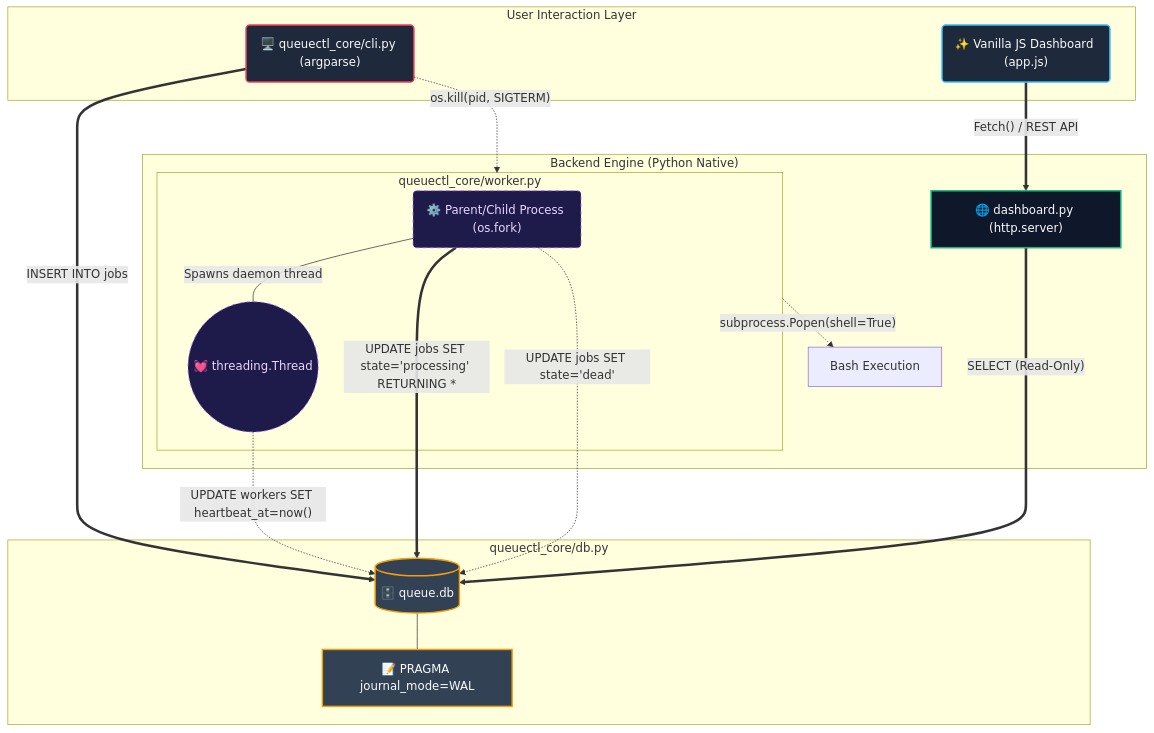
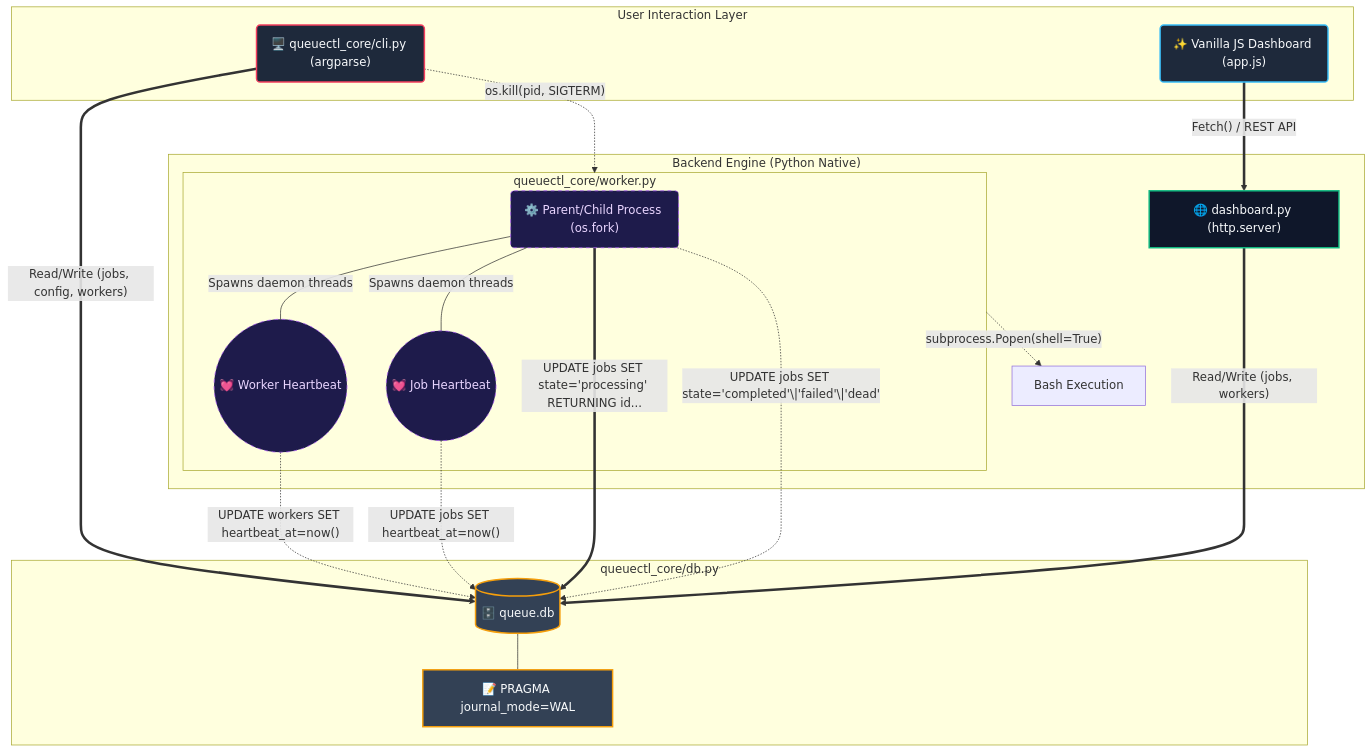
Before and after one commit to Harshkumar2306/QueueCTL: the diagram in README.md, drawn with Mermaid.

Commit message:
docs: update mermaid diagram to 100% reflect codebase implementation

````diff
--- a/README.md
+++ b/README.md
@@ -78,47 +78,50 @@
 ```mermaid
 graph TD
     %% Custom Premium Styling
     classDef frontend fill:#1e293b,stroke:#38bdf8,stroke-width:2px,color:#f8fafc
     classDef backend fill:#0f172a,stroke:#10b981,stroke-width:2px,color:#f8fafc
     classDef storage fill:#334155,stroke:#f59e0b,stroke-width:2px,color:#f8fafc
     classDef process fill:#1e1b4b,stroke:#a855f7,stroke-width:1px,stroke-dasharray: 5 5,color:#e9d5ff
     classDef cli fill:#1e293b,stroke:#f43f5e,stroke-width:2px,color:#f8fafc
 
     subgraph UserSpace ["User Interaction Layer"]
         CLI("🖥️ queuectl_core/cli.py (argparse)"):::cli
         UI("✨ Vanilla JS Dashboard (app.js)"):::frontend
     end
 
     subgraph Backend ["Backend Engine (Python Native)"]
         API["🌐 dashboard.py (http.server)"]:::backend
         
         subgraph Workers ["queuectl_core/worker.py"]
             W1("⚙️ Parent/Child Process (os.fork)"):::process
             
-            HB1(("💓 threading.Thread")):::process
+            HB_W(("💓 Worker Heartbeat")):::process
+            HB_J(("💓 Job Heartbeat")):::process
             
-            W1 ---|"Spawns daemon thread"| HB1
+            W1 ---|"Spawns daemon threads"| HB_W
+            W1 ---|"Spawns daemon threads"| HB_J
         end
         
         CLI -.->|"os.kill(pid, SIGTERM)"| Workers
         Workers -.->|"subprocess.Popen(shell=True)"| Bash["Bash Execution"]
     end
 
     subgraph Database ["queuectl_core/db.py"]
         DB[("🗄️ queue.db")]:::storage
         WAL["📝 PRAGMA journal_mode=WAL"]:::storage
         
         DB --- WAL
     end
 
     %% Routing & Data Flow
     UI ==>|"Fetch() / REST API"| API
-    CLI ==>|"INSERT INTO jobs"| DB
-    API ==>|"SELECT (Read-Only)"| DB
+    CLI ==>|"Read/Write (jobs, config, workers)"| DB
+    API ==>|"Read/Write (jobs, workers)"| DB
     
-    W1 ==>|"UPDATE jobs SET state='processing' RETURNING *"| DB
+    W1 ==>|"UPDATE jobs SET state='processing' RETURNING id..."| DB
     
-    HB1 -.->|"UPDATE workers SET heartbeat_at=now()"| DB
+    HB_W -.->|"UPDATE workers SET heartbeat_at=now()"| DB
+    HB_J -.->|"UPDATE jobs SET heartbeat_at=now()"| DB
     
-    W1 -.->|"UPDATE jobs SET state='dead'"| DB
+    W1 -.->|"UPDATE jobs SET state='completed'\|'failed'\|'dead'"| DB
 ```
````
